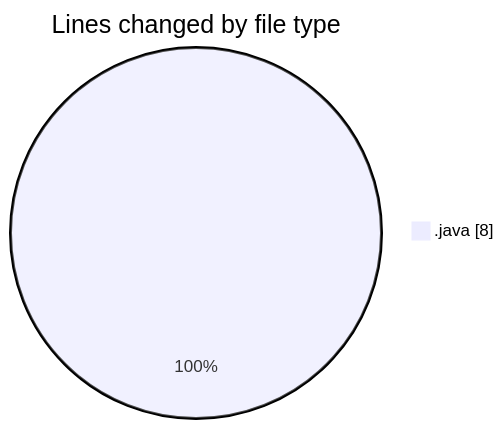
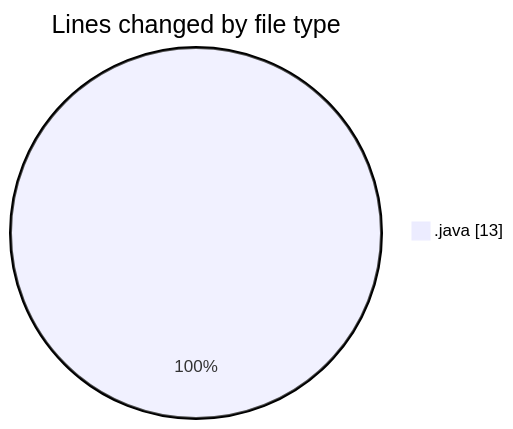
The first of 2 diagrams in 2025-01-29/java/README.md (NitaiMahat/code-tracking), drawn with Mermaid before and after one commit. The commit also changed other lines of this file and 1 other file, not shown here.

````diff
--- a/2025-01-29/java/README.md
+++ b/2025-01-29/java/README.md
@@ -21,5 +21,5 @@
 ```mermaid
 pie showData
 title Lines changed by file type
-".java" : 8
+".java" : 13
 ```
````
